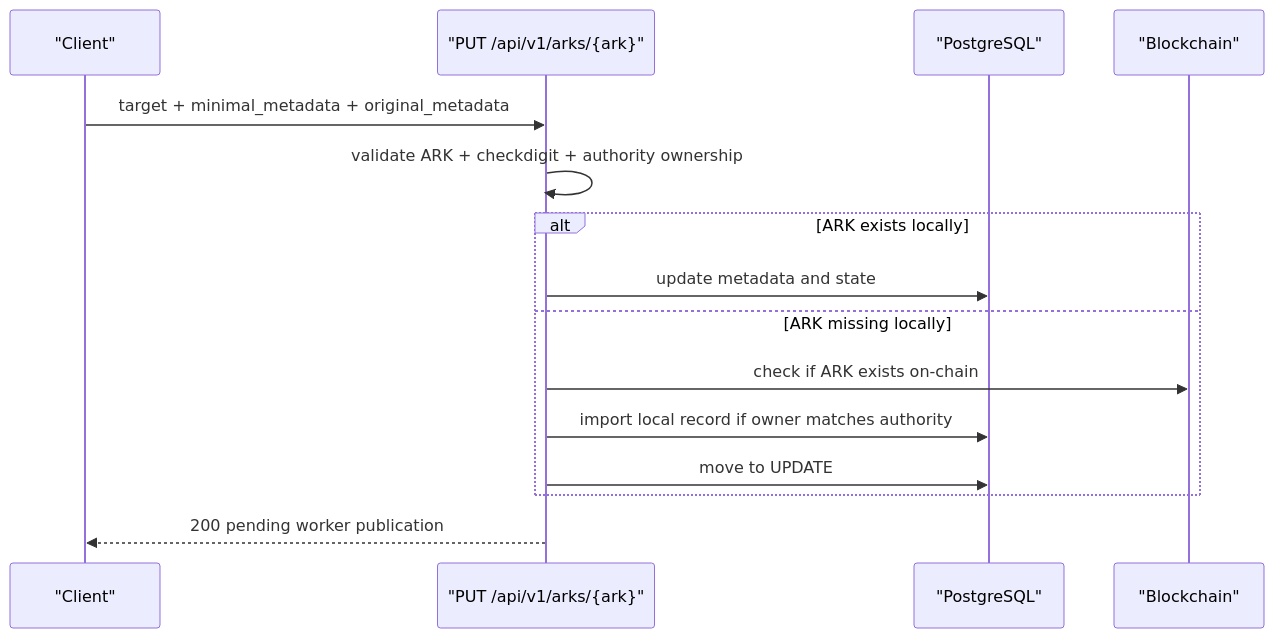
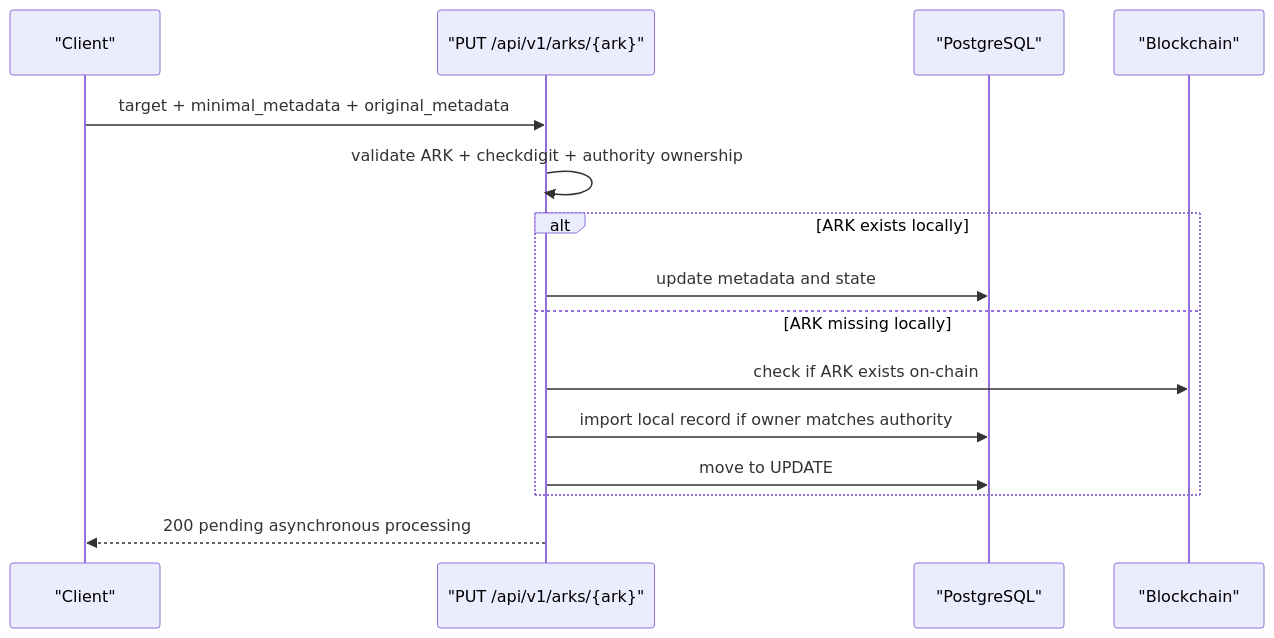
Before and after one commit to LA-Referencia-IOI/dark-core-minter-api: the fifth of 12 diagrams in README.md, drawn with Mermaid. The commit also changed other lines of this file and 42 other files, not shown here.

````diff
--- a/README.md
+++ b/README.md
@@ -176,18 +187,18 @@
 ```mermaid
 sequenceDiagram
     participant Client as "Client"
     participant API as "PUT /api/v1/arks/{ark}"
     participant DB as "PostgreSQL"
     participant Chain as "Blockchain"
 
     Client->>API: target + minimal_metadata + original_metadata
     API->>API: validate ARK + checkdigit + authority ownership
     alt ARK exists locally
         API->>DB: update metadata and state
     else ARK missing locally
         API->>Chain: check if ARK exists on-chain
         API->>DB: import local record if owner matches authority
         API->>DB: move to UPDATE
     end
-    API-->>Client: 200 pending worker publication
+    API-->>Client: 200 pending asynchronous processing
 ```
````
